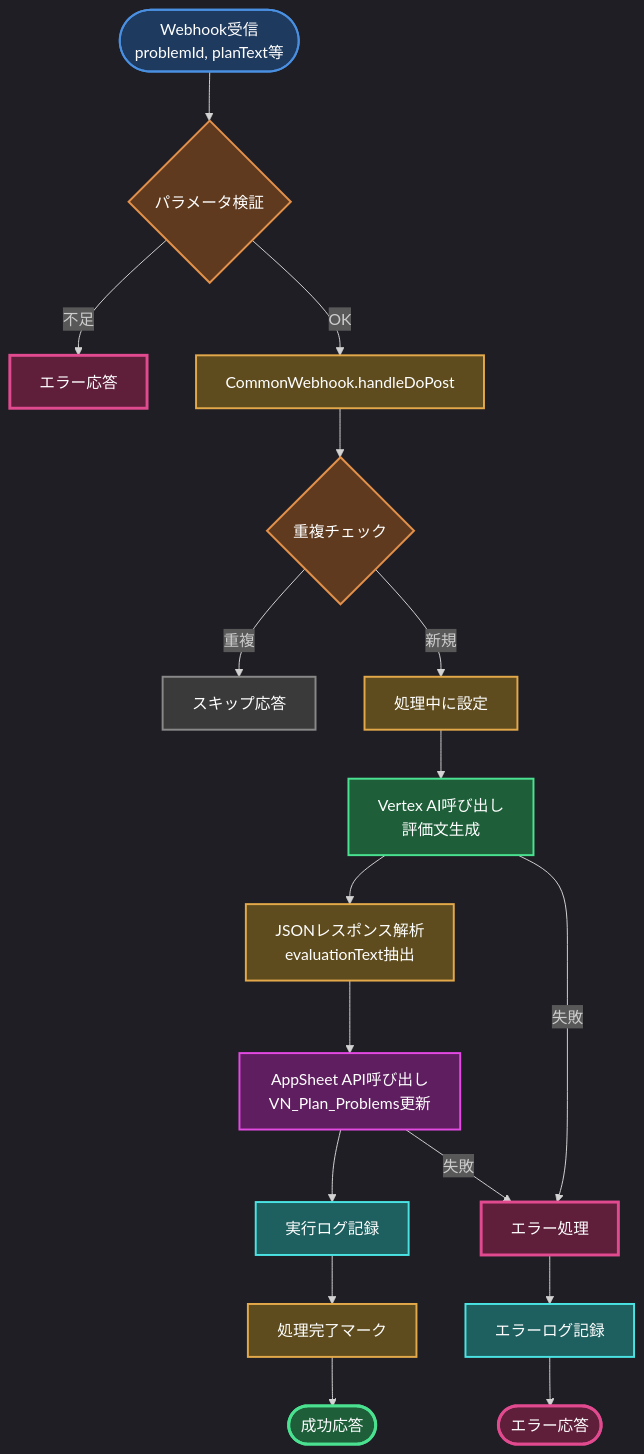
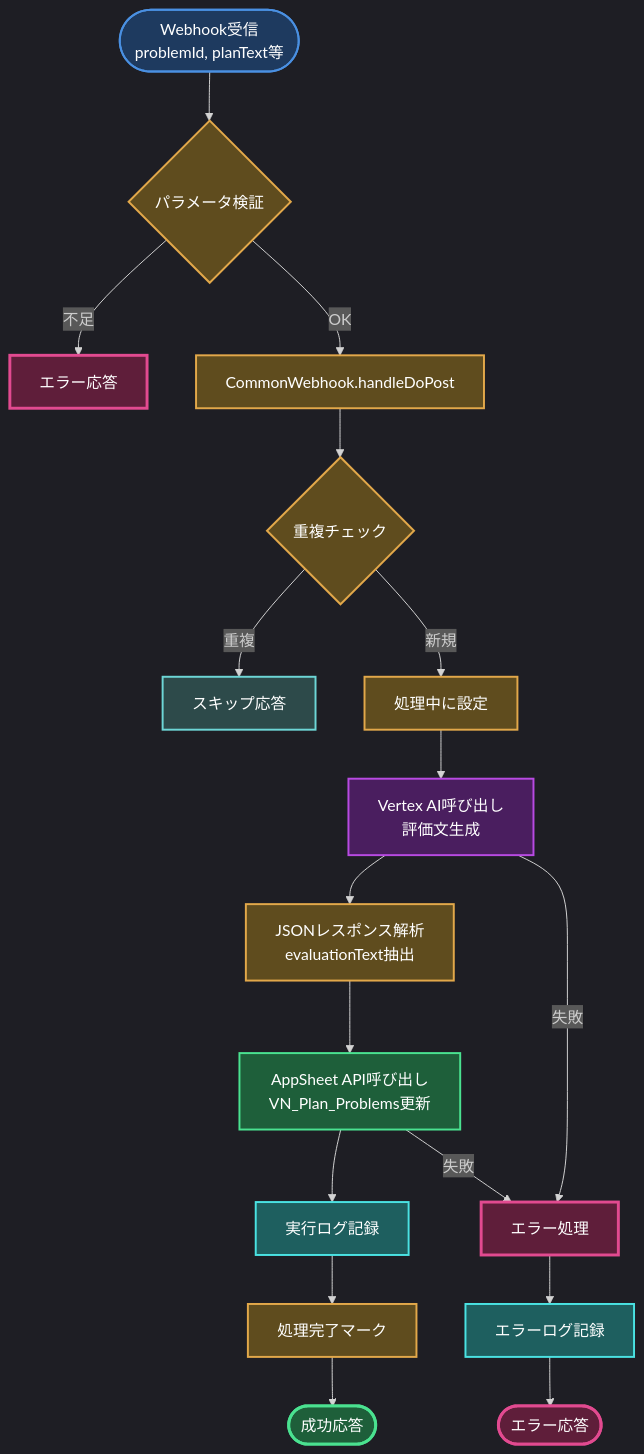
Before and after one commit to tasai-lab/appsheet-gas-automation: the first of 10 diagrams in gas_projects/projects/nursing/Appsheet_訪問看護_計画書問題点_評価/FLOW.md, drawn with Mermaid. The commit also changed other lines of this file and 15 other files, not shown here.

First line of the commit message:
docs: FLOW.mdにダークモード対応配色を適用 - 全15プロジェクト完了

````diff
--- a/gas_projects/projects/nursing/Appsheet_訪問看護_計画書問題点_評価/FLOW.md
+++ b/gas_projects/projects/nursing/Appsheet_訪問看護_計画書問題点_評価/FLOW.md
@@ -7,39 +7,39 @@
 ```mermaid
 %%{init: {'theme':'dark'}}%%
 graph TB
     Start([Webhook受信<br/>problemId, planText等]):::webhook --> Validate{パラメータ検証}:::decision
 
     Validate -->|不足| Error1[エラー応答]:::error
     Validate -->|OK| Handler[CommonWebhook.handleDoPost]:::process
 
     Handler --> DupCheck{重複チェック}:::decision
 
     DupCheck -->|重複| Skip[スキップ応答]:::skip
     DupCheck -->|新規| Lock[処理中に設定]:::process
 
     Lock --> CallGemini[Vertex AI呼び出し<br/>評価文生成]:::gemini
 
     CallGemini --> Parse[JSONレスポンス解析<br/>evaluationText抽出]:::process
 
     Parse --> UpdateAppSheet[AppSheet API呼び出し<br/>VN_Plan_Problems更新]:::appsheet
 
     UpdateAppSheet --> Log[実行ログ記録]:::log
 
     Log --> Complete[処理完了マーク]:::process
     Complete --> Success([成功応答]):::success
 
     CallGemini -->|失敗| Error2[エラー処理]:::error
     UpdateAppSheet -->|失敗| Error2
     Error2 --> ErrorLog[エラーログ記録]:::log
     ErrorLog --> ErrorEnd([エラー応答]):::error
 
-    classDef webhook fill:#1e3a5f,stroke:#4a90e2,stroke-width:2px,color:#fff
-    classDef decision fill:#5f3a1e,stroke:#e2904a,stroke-width:2px,color:#fff
-    classDef process fill:#5f4c1e,stroke:#e2a84a,stroke-width:2px,color:#fff
-    classDef gemini fill:#1e5f3a,stroke:#4ae290,stroke-width:2px,color:#fff
-    classDef appsheet fill:#5f1e5f,stroke:#e24ae2,stroke-width:2px,color:#fff
-    classDef log fill:#1e5f5f,stroke:#4ae2e2,stroke-width:2px,color:#fff
-    classDef success fill:#1e5f3a,stroke:#4ae290,stroke-width:3px,color:#fff
-    classDef error fill:#5f1e3a,stroke:#e24a90,stroke-width:3px,color:#fff
-    classDef skip fill:#3a3a3a,stroke:#888,stroke-width:2px,color:#fff
+    classDef webhook fill:#1e3a5f,stroke:#4a90e2,stroke-width:2px,color:#ffffff
+    classDef decision fill:#5f4c1e,stroke:#e2a84a,stroke-width:2px,color:#ffffff
+    classDef process fill:#5f4c1e,stroke:#e2a84a,stroke-width:2px,color:#ffffff
+    classDef gemini fill:#4a1e5f,stroke:#b84ae2,stroke-width:2px,color:#ffffff
+    classDef appsheet fill:#1e5f3a,stroke:#4ae290,stroke-width:2px,color:#ffffff
+    classDef log fill:#1e5f5f,stroke:#4ae2e2,stroke-width:2px,color:#ffffff
+    classDef success fill:#1e5f3a,stroke:#4ae290,stroke-width:3px,color:#ffffff
+    classDef error fill:#5f1e3a,stroke:#e24a90,stroke-width:3px,color:#ffffff
+    classDef skip fill:#2d4a4a,stroke:#6dd6d6,stroke-width:2px,color:#ffffff
 ```
````
